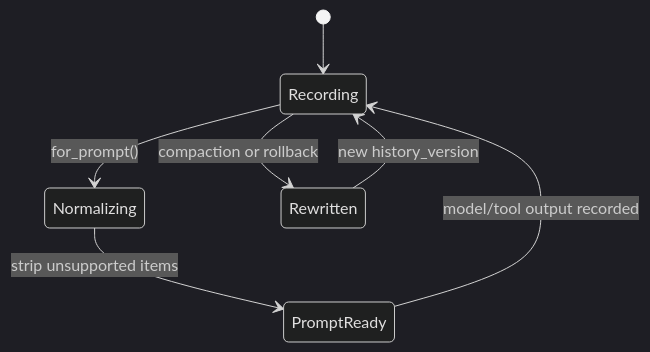
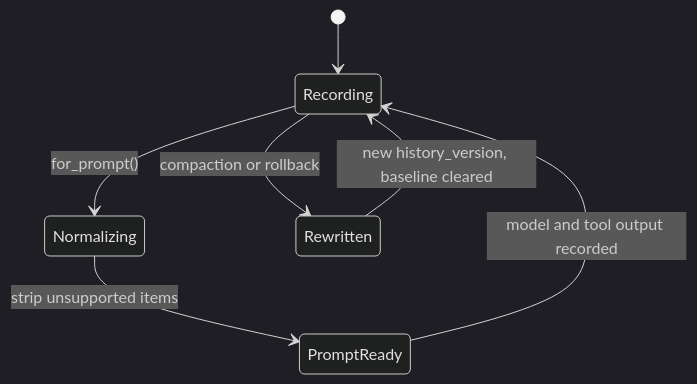
The first of 2 diagrams in docs/codex-context-management/chapter-03.md (WineChord/books), drawn with Mermaid (dark theme) before and after one commit. The commit also changed other lines of this file and 21 other files, not shown here.

````diff
--- a/docs/codex-context-management/chapter-03.md
+++ b/docs/codex-context-management/chapter-03.md
@@ -42,9 +64,9 @@
 ```mermaid
 stateDiagram-v2
   [*] --> Recording
   Recording --> Normalizing: for_prompt()
   Recording --> Rewritten: compaction or rollback
-  Rewritten --> Recording: new history_version
+  Rewritten --> Recording: new history_version, baseline cleared
   Normalizing --> PromptReady: strip unsupported items
-  PromptReady --> Recording: model/tool output recorded
+  PromptReady --> Recording: model and tool output recorded
 ```
````
